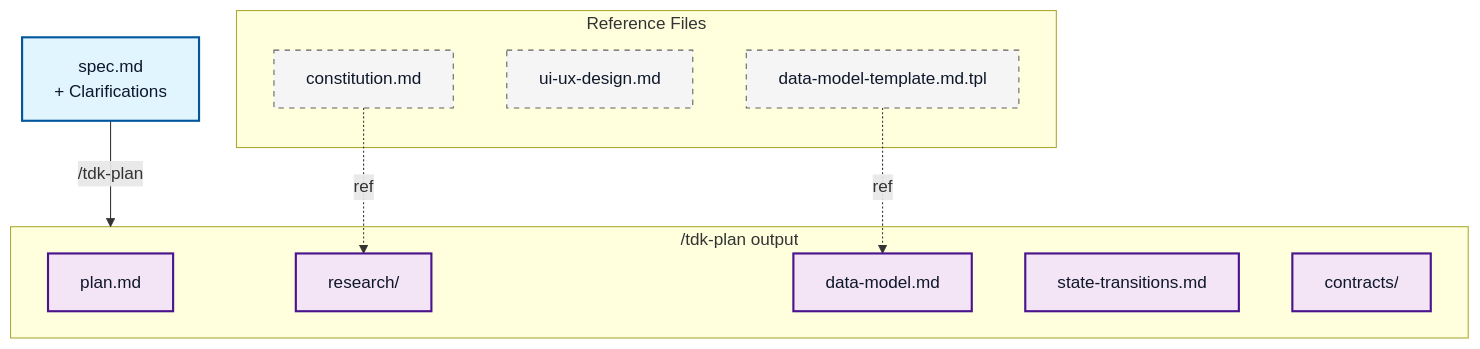
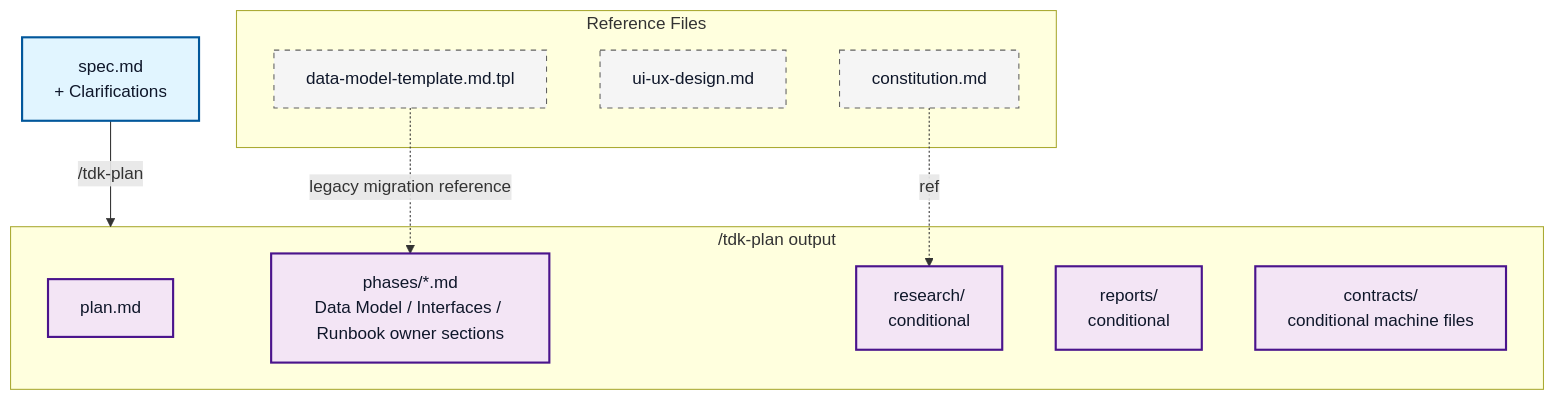
The third of 8 diagrams in .specify/docs/en/guides/workflow-map.md (vinhltt/tdk), drawn with Mermaid before and after one commit. The commit also changed other lines of this file and 180 other files, not shown here.

````diff
--- a/.specify/docs/en/guides/workflow-map.md
+++ b/.specify/docs/en/guides/workflow-map.md
@@ -149,31 +148,31 @@
 ```mermaid
 flowchart TD
     SPEC_CLAR[spec.md<br/>+ Clarifications]
 
     subgraph REFERENCES[Reference Files]
         CONST[constitution.md]
         UIUX[ui-ux-design.md]
         REF_DM[data-model-template.md.tpl]
     end
 
     subgraph PLAN_OUTPUT["/tdk-plan output"]
         PLAN[plan.md]
-        RESEARCH[research/]
-        DATAMODEL[data-model.md]
-        STATE[state-transitions.md]
-        CONTRACTS[contracts/]
+        PHASES[phases/*.md<br/>Data Model / Interfaces / Runbook owner sections]
+        RESEARCH[research/<br/>conditional]
+        REPORTS[reports/<br/>conditional]
+        CONTRACTS[contracts/<br/>conditional machine files]
     end
 
     SPEC_CLAR -->|/tdk-plan| PLAN_OUTPUT
 
     CONST -.->|ref| RESEARCH
-    REF_DM -.->|ref| DATAMODEL
+    REF_DM -.->|legacy migration reference| PHASES
 
     classDef input fill:#e1f5ff,stroke:#01579b,stroke-width:2px,color:#0f172a
     classDef output fill:#f3e5f5,stroke:#4a148c,stroke-width:2px,color:#0f172a
     classDef reference fill:#f5f5f5,stroke:#616161,stroke-width:1px,stroke-dasharray: 5 5,color:#0f172a
 
     class SPEC_CLAR input
-    class PLAN,RESEARCH,DATAMODEL,STATE,CONTRACTS output
+    class PLAN,PHASES,RESEARCH,REPORTS,CONTRACTS output
     class CONST,UIUX,REF_DM reference
 ```
````
